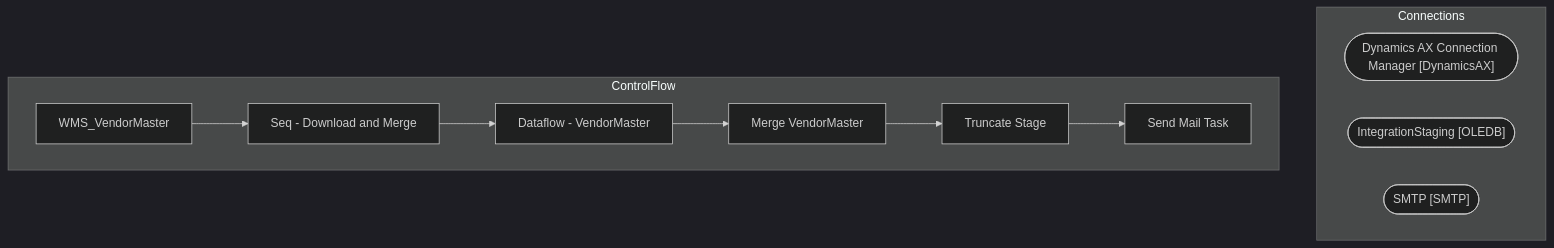
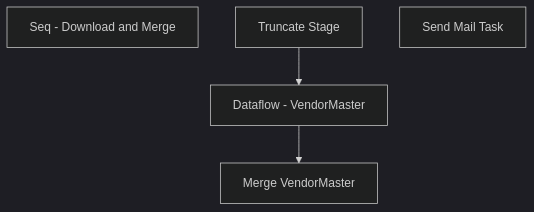
Before and after one commit to juanandresbrain/BABSkills: the diagram in bab-docs-explorer/Documentation/STL-SSIS-P-01/SSIS/WMS/WMS_VendorMaster.WMS_VendorMaster.md, drawn with Mermaid (dark theme). The commit also changed other lines of this file and 273 other files, not shown here.

````diff
--- a/bab-docs-explorer/Documentation/STL-SSIS-P-01/SSIS/WMS/WMS_VendorMaster.WMS_VendorMaster.md
+++ b/bab-docs-explorer/Documentation/STL-SSIS-P-01/SSIS/WMS/WMS_VendorMaster.WMS_VendorMaster.md
@@ -9,21 +38,10 @@
 ```mermaid
 flowchart TD
-    subgraph Connections
-        Dynamics_AX_Connection_Manager_conn(["Dynamics AX Connection Manager [DynamicsAX]"])
-        IntegrationStaging_conn(["IntegrationStaging [OLEDB]"])
-        SMTP_conn(["SMTP [SMTP]"])
-    end
-    subgraph ControlFlow
-        WMS_VendorMaster_task["WMS_VendorMaster"]
-        Seq___Download_and_Merge_task["Seq - Download and Merge"]
-        WMS_VendorMaster_task --> Seq___Download_and_Merge_task
-        Dataflow___VendorMaster_task["Dataflow - VendorMaster"]
-        Seq___Download_and_Merge_task --> Dataflow___VendorMaster_task
-        Merge_VendorMaster_task["Merge VendorMaster"]
-        Dataflow___VendorMaster_task --> Merge_VendorMaster_task
-        Truncate_Stage_task["Truncate Stage"]
-        Merge_VendorMaster_task --> Truncate_Stage_task
-        Send_Mail_Task_task["Send Mail Task"]
-        Truncate_Stage_task --> Send_Mail_Task_task
-    end
+    n_Package_Seq___Download_and_Merge["Seq - Download and Merge"]
+    n_Package_Seq___Download_and_Merge_Dataflow___VendorMaster["Dataflow - VendorMaster"]
+    n_Package_Seq___Download_and_Merge_Merge_VendorMaster["Merge VendorMaster"]
+    n_Package_Seq___Download_and_Merge_Truncate_Stage["Truncate Stage"]
+    n_Package_EventHandlers_OnError__Send_Mail_Task["Send Mail Task"]
+    n_Package_Seq___Download_and_Merge_Truncate_Stage --> n_Package_Seq___Download_and_Merge_Dataflow___VendorMaster
+    n_Package_Seq___Download_and_Merge_Dataflow___VendorMaster --> n_Package_Seq___Download_and_Merge_Merge_VendorMaster
 ```
````
